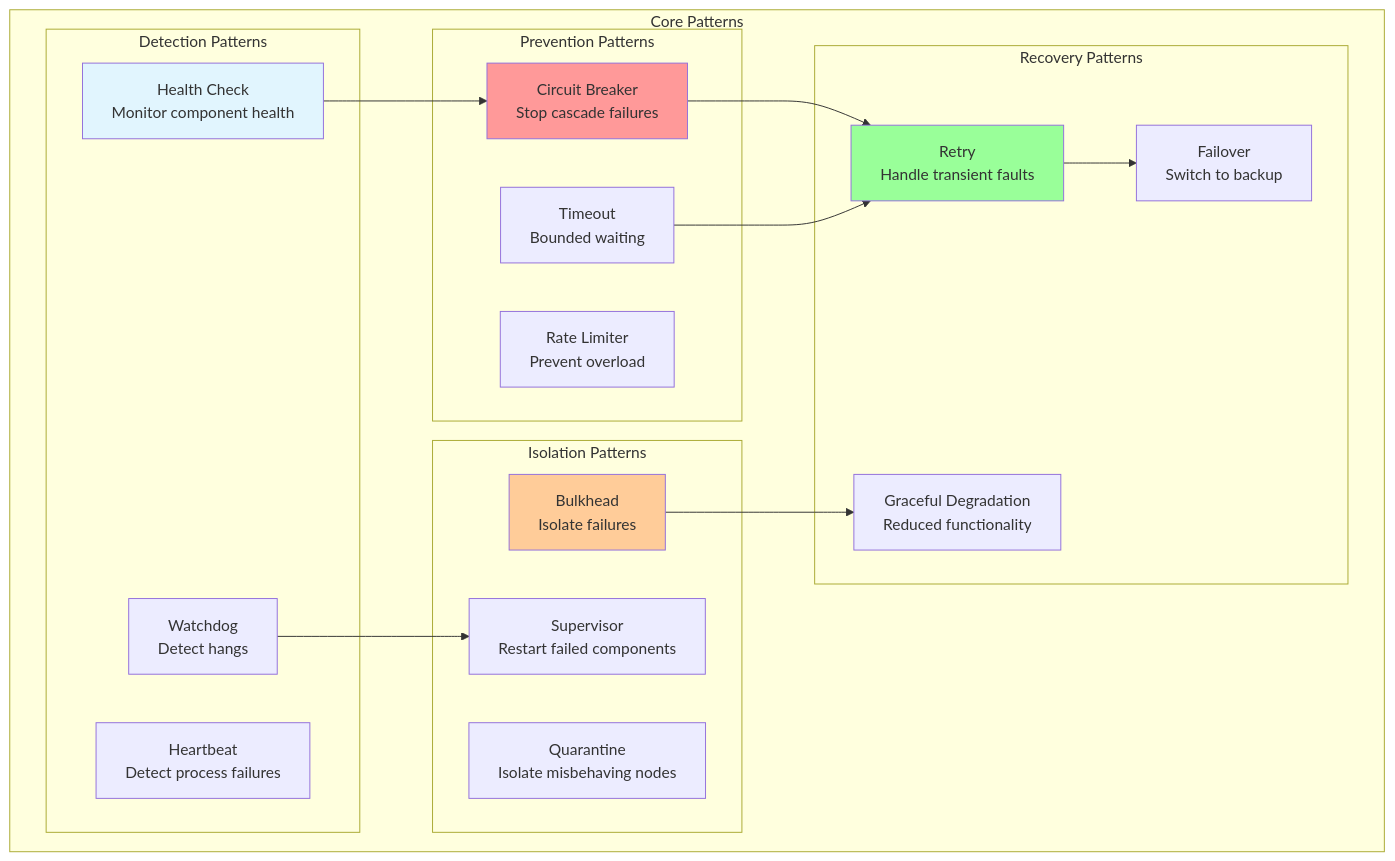
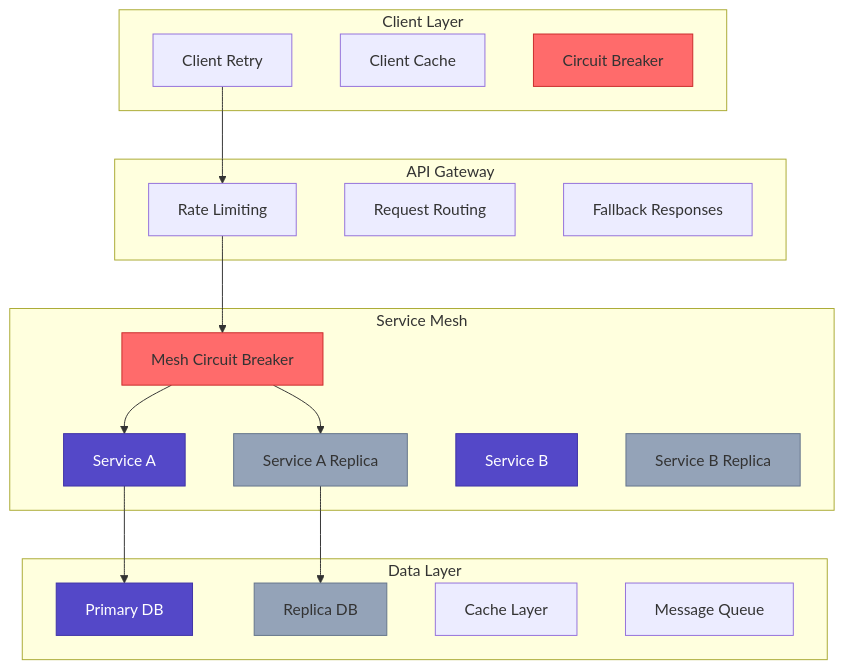
One commit to deepaucksharma/DStudio changed the fourth of 6 diagrams in docs/pattern-library/resilience/fault-tolerance.md. Above: the diagram before and after it, drawn with Mermaid. The commit also changed other lines of this file and 119 other files, not shown here.

````diff
--- a/docs/pattern-library/resilience/fault-tolerance.md
+++ b/docs/pattern-library/resilience/fault-tolerance.md
@@ -222,40 +198,45 @@
 ```mermaid
 graph TB
-    subgraph "Core Patterns"
-        subgraph "Detection Patterns"
-            HC[Health Check<br/>Monitor component health]
-            HB[Heartbeat<br/>Detect process failures]
-            WD[Watchdog<br/>Detect hangs]
-        end
-        
-        subgraph "Prevention Patterns"
-            CB[Circuit Breaker<br/>Stop cascade failures]
-            TO[Timeout<br/>Bounded waiting]
-            RL[Rate Limiter<br/>Prevent overload]
-        end
-        
-        subgraph "Recovery Patterns"
-            RT[Retry<br/>Handle transient faults]
-            FO[Failover<br/>Switch to backup]
-            GD[Graceful Degradation<br/>Reduced functionality]
-        end
-        
-        subgraph "Isolation Patterns"
-            BH[Bulkhead<br/>Isolate failures]
-            SV[Supervisor<br/>Restart failed components]
-            QU[Quarantine<br/>Isolate misbehaving nodes]
-        end
+    subgraph "Client Layer"
+        C1[Client Retry]
+        C2[Client Cache]
+        C3[Circuit Breaker]
     end
     
-    HC --> CB
-    CB --> RT
-    RT --> FO
-    BH --> GD
-    TO --> RT
-    WD --> SV
+    subgraph "API Gateway"
+        G1[Rate Limiting]
+        G2[Request Routing]
+        G3[Fallback Responses]
+    end
     
-    style HC fill:#e1f5fe
-    style CB fill:#ff9999
-    style RT fill:#99ff99
-    style BH fill:#ffcc99
+    subgraph "Service Mesh"
+        S1[Service A]
+        S2[Service A Replica]
+        S3[Service B]
+        S4[Service B Replica]
+        CB[Mesh Circuit Breaker]
+    end
+    
+    subgraph "Data Layer"
+        D1[Primary DB]
+        D2[Replica DB]
+        D3[Cache Layer]
+        D4[Message Queue]
+    end
+    
+    C1 --> G1
+    G1 --> CB
+    CB --> S1
+    CB --> S2
+    S1 --> D1
+    S2 --> D2
+    
+    style C3 fill:#ff6b6b,stroke:#c92a2a
+    style CB fill:#ff6b6b,stroke:#c92a2a
+    
+    classDef primary fill:#5448C8,stroke:#3f33a6,color:#fff
+    classDef replica fill:#94a3b8,stroke:#64748b
+    
+    class S1,S3,D1 primary
+    class S2,S4,D2 replica
 ```
````
